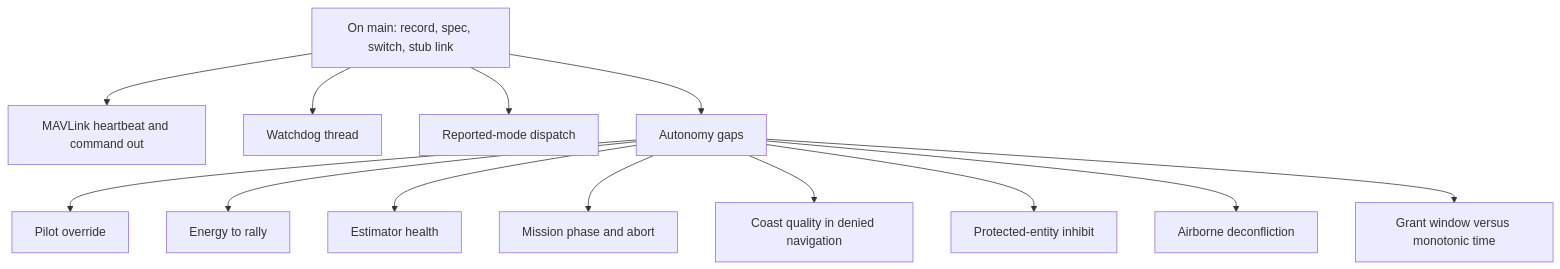
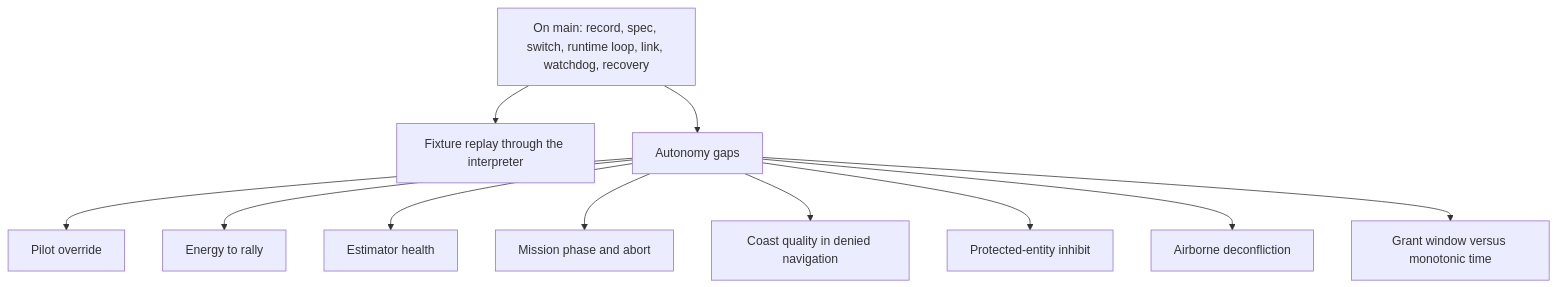
Before and after one commit to MatthewK84/AuToBoTs: the fourth of 4 diagrams in README.md, drawn with Mermaid. The commit also changed other lines of this file and 12 other files, not shown here.

````diff
--- a/README.md
+++ b/README.md
@@ -101,16 +108,14 @@
 ```mermaid
 flowchart TD
-    built[On main: record, spec, switch, stub link]
-    built --> link[MAVLink heartbeat and command out]
-    built --> watch[Watchdog thread]
-    built --> dispatch[Reported-mode dispatch]
+    built[On main: record, spec, switch, runtime loop, link, watchdog, recovery]
+    built --> replay[Fixture replay through the interpreter]
     built --> gaps[Autonomy gaps]
     gaps --> override[Pilot override]
     gaps --> energy[Energy to rally]
     gaps --> estimator[Estimator health]
     gaps --> phase[Mission phase and abort]
     gaps --> denied[Coast quality in denied navigation]
     gaps --> protect[Protected-entity inhibit]
     gaps --> traffic[Airborne deconfliction]
     gaps --> grant[Grant window versus monotonic time]
 ```
````
